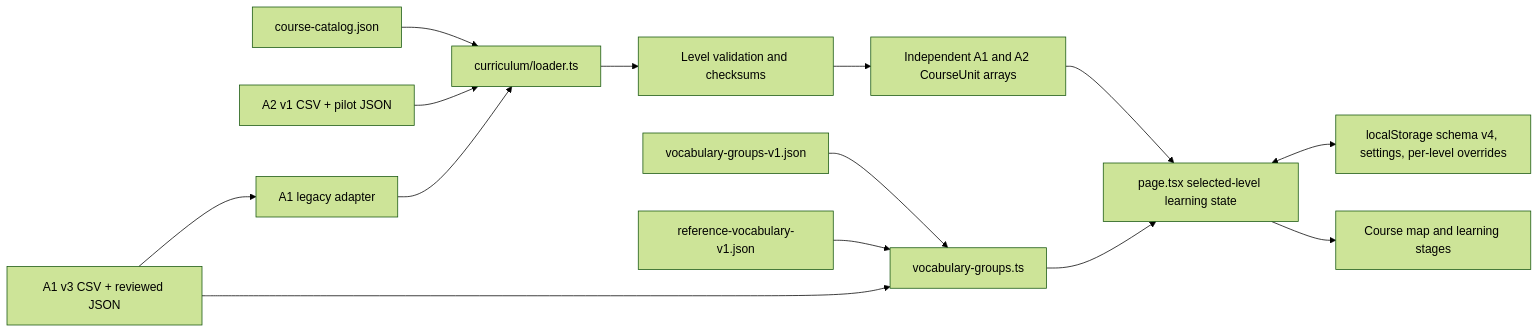
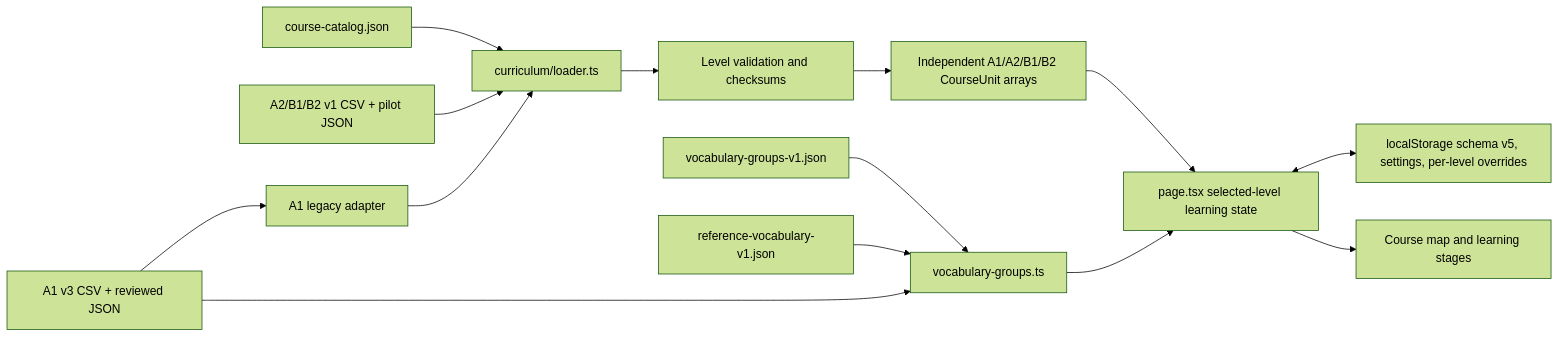
Before and after one commit to ej04520yjo4/EnglishWeb: the first of 2 diagrams in ARCHITECTURE.md, drawn with Mermaid (forest theme). The commit also changed other lines of this file and 33 other files, not shown here.

````diff
--- a/ARCHITECTURE.md
+++ b/ARCHITECTURE.md
@@ -9,16 +9,16 @@
 ```mermaid
 flowchart LR
   Catalog["course-catalog.json"] --> LevelLoader["curriculum/loader.ts"]
   A1["A1 v3 CSV + reviewed JSON"] --> Adapter["A1 legacy adapter"]
-  A2["A2 v1 CSV + pilot JSON"] --> LevelLoader
+  Advanced["A2/B1/B2 v1 CSV + pilot JSON"] --> LevelLoader
   Groups["vocabulary-groups-v1.json"] --> Vocabulary["vocabulary-groups.ts"]
   Reference["reference-vocabulary-v1.json"] --> Vocabulary
   A1 --> Vocabulary
   Adapter --> LevelLoader
   LevelLoader --> Validate["Level validation and checksums"]
-  Validate --> Units["Independent A1 and A2 CourseUnit arrays"]
+  Validate --> Units["Independent A1/A2/B1/B2 CourseUnit arrays"]
   Units --> Page["page.tsx selected-level learning state"]
   Vocabulary --> Page
-  Page <--> Storage["localStorage schema v4, settings, per-level overrides"]
+  Page <--> Storage["localStorage schema v5, settings, per-level overrides"]
   Page --> UI["Course map and learning stages"]
 ```
````
